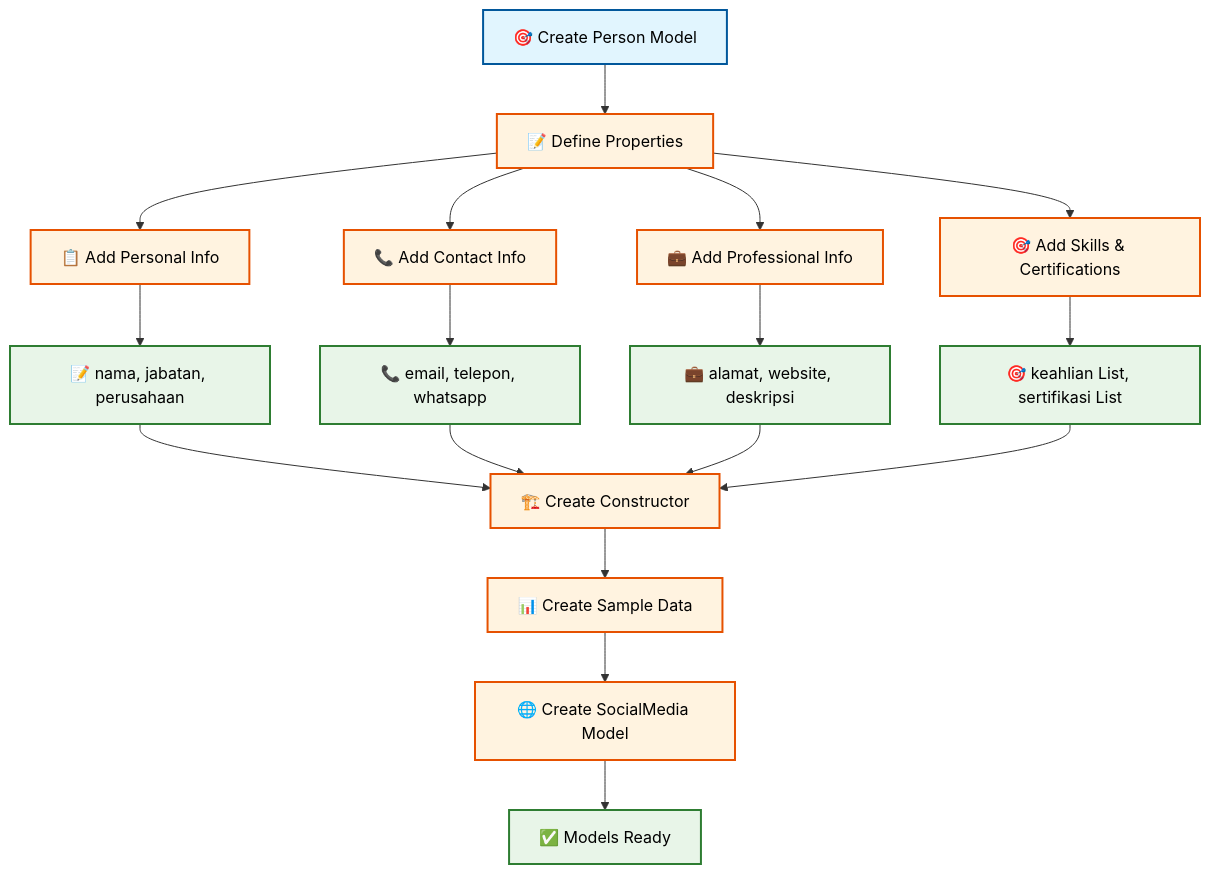
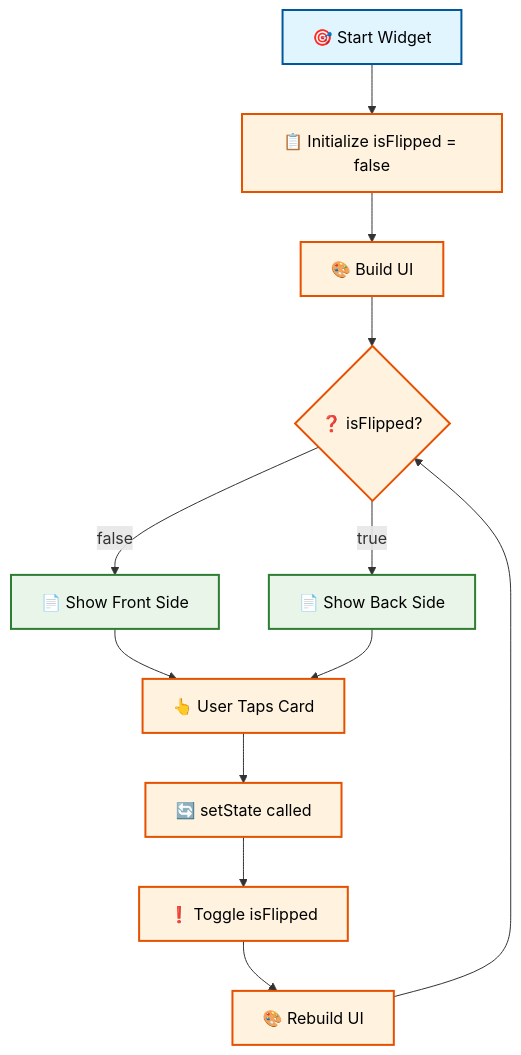
One commit to antonprafanto/flutter changed the fifth of 5 diagrams in pertemuan3.md. Above: the diagram before and after it, drawn with Mermaid. The commit also changed other lines of this file, not shown here.

````diff
--- a/pertemuan3.md
+++ b/pertemuan3.md
@@ -3168,37 +847,25 @@
 ```mermaid
 flowchart TD
-    A[🎯 Create Person Model] --> B[📝 Define Properties]
-    B --> C[📋 Add Personal Info]
-    B --> D[📞 Add Contact Info]
-    B --> E[💼 Add Professional Info]
-    B --> F[🎯 Add Skills & Certifications]
-    
-    C --> G[📝 nama, jabatan, perusahaan]
-    D --> H[📞 email, telepon, whatsapp]
-    E --> I[💼 alamat, website, deskripsi]
-    F --> J[🎯 keahlian List, sertifikasi List]
-    
-    G --> K[🏗️ Create Constructor]
-    H --> K
-    I --> K
-    J --> K
-    
-    K --> L[📊 Create Sample Data]
-    L --> M[🌐 Create SocialMedia Model]
-    M --> N[✅ Models Ready]
+    A[🎯 Start Widget] --> B[📋 Initialize isFlipped = false]
+    B --> C[🎨 Build UI]
+    C --> D{❓ isFlipped?}
+    D -->|false| E[📄 Show Front Side]
+    D -->|true| F[📄 Show Back Side]
+    E --> G[👆 User Taps Card]
+    F --> G
+    G --> H[🔄 setState called]
+    H --> I[❗ Toggle isFlipped]
+    I --> J[🎨 Rebuild UI]
+    J --> D
     
     style A fill:#e1f5fe,stroke:#01579b,stroke-width:2px,color:#000
     style B fill:#fff3e0,stroke:#e65100,stroke-width:2px,color:#000
     style C fill:#fff3e0,stroke:#e65100,stroke-width:2px,color:#000
     style D fill:#fff3e0,stroke:#e65100,stroke-width:2px,color:#000
-    style E fill:#fff3e0,stroke:#e65100,stroke-width:2px,color:#000
-    style F fill:#fff3e0,stroke:#e65100,stroke-width:2px,color:#000
-    style G fill:#e8f5e8,stroke:#2e7d32,stroke-width:2px,color:#000
-    style H fill:#e8f5e8,stroke:#2e7d32,stroke-width:2px,color:#000
-    style I fill:#e8f5e8,stroke:#2e7d32,stroke-width:2px,color:#000
-    style J fill:#e8f5e8,stroke:#2e7d32,stroke-width:2px,color:#000
-    style K fill:#fff3e0,stroke:#e65100,stroke-width:2px,color:#000
-    style L fill:#fff3e0,stroke:#e65100,stroke-width:2px,color:#000
-    style M fill:#fff3e0,stroke:#e65100,stroke-width:2px,color:#000
-    style N fill:#e8f5e8,stroke:#2e7d32,stroke-width:2px,color:#000
+    style E fill:#e8f5e8,stroke:#2e7d32,stroke-width:2px,color:#000
+    style F fill:#e8f5e8,stroke:#2e7d32,stroke-width:2px,color:#000
+    style G fill:#fff3e0,stroke:#e65100,stroke-width:2px,color:#000
+    style H fill:#fff3e0,stroke:#e65100,stroke-width:2px,color:#000
+    style I fill:#fff3e0,stroke:#e65100,stroke-width:2px,color:#000
+    style J fill:#fff3e0,stroke:#e65100,stroke-width:2px,color:#000
 ```
````
